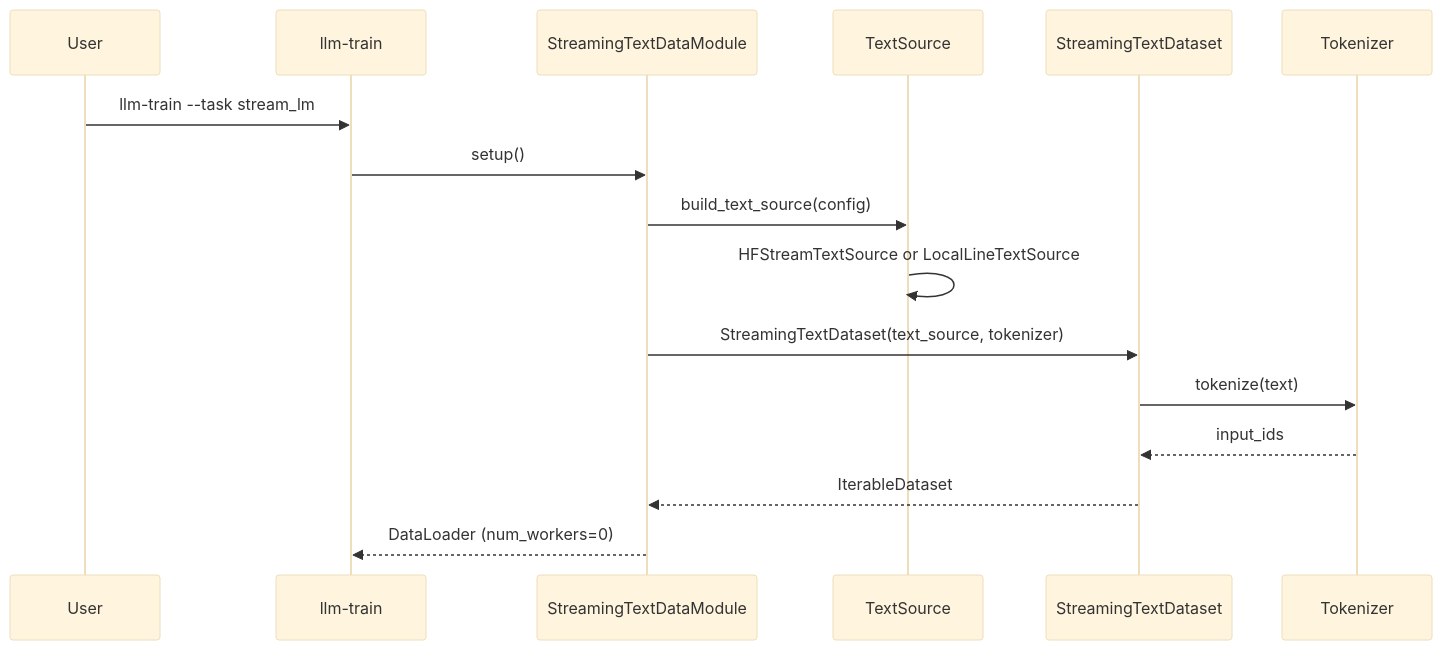
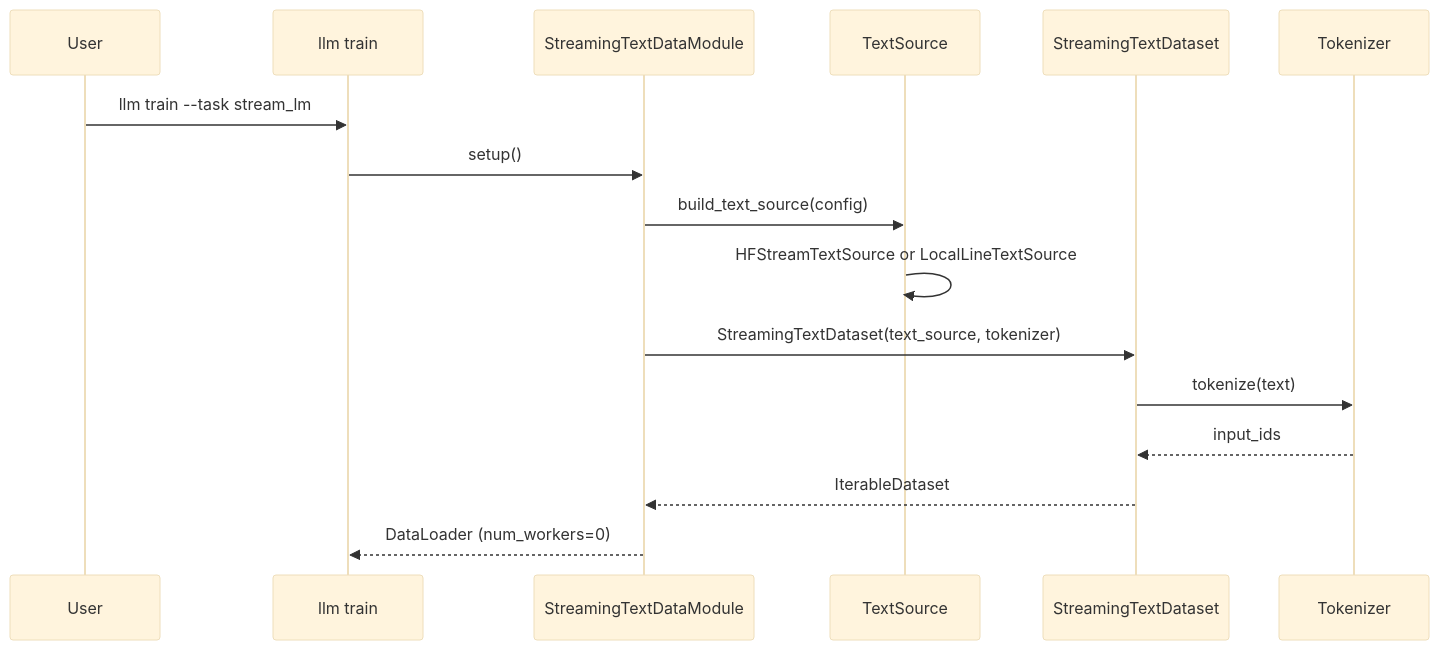
Before and after one commit to pplmx/llm: the eighth of 9 diagrams in docs/reference/architecture.md, drawn with Mermaid (base theme). The commit also changed other lines of this file and 83 other files, not shown here.

````diff
--- a/docs/reference/architecture.md
+++ b/docs/reference/architecture.md
@@ -398,19 +398,19 @@
 ```mermaid
 sequenceDiagram
     participant User
-    participant CLI as llm-train
+    participant CLI as llm train
     participant DM as StreamingTextDataModule
     participant Source as TextSource
     participant Dataset as StreamingTextDataset
     participant Tokenizer as Tokenizer
 
-    User->>CLI: llm-train --task stream_lm
+    User->>CLI: llm train --task stream_lm
     CLI->>DM: setup()
     DM->>Source: build_text_source(config)
     Source->>Source: HFStreamTextSource or LocalLineTextSource
     DM->>Dataset: StreamingTextDataset(text_source, tokenizer)
     Dataset->>Tokenizer: tokenize(text)
     Tokenizer-->>Dataset: input_ids
     Dataset-->>DM: IterableDataset
     DM-->>CLI: DataLoader (num_workers=0)
 ```
````
